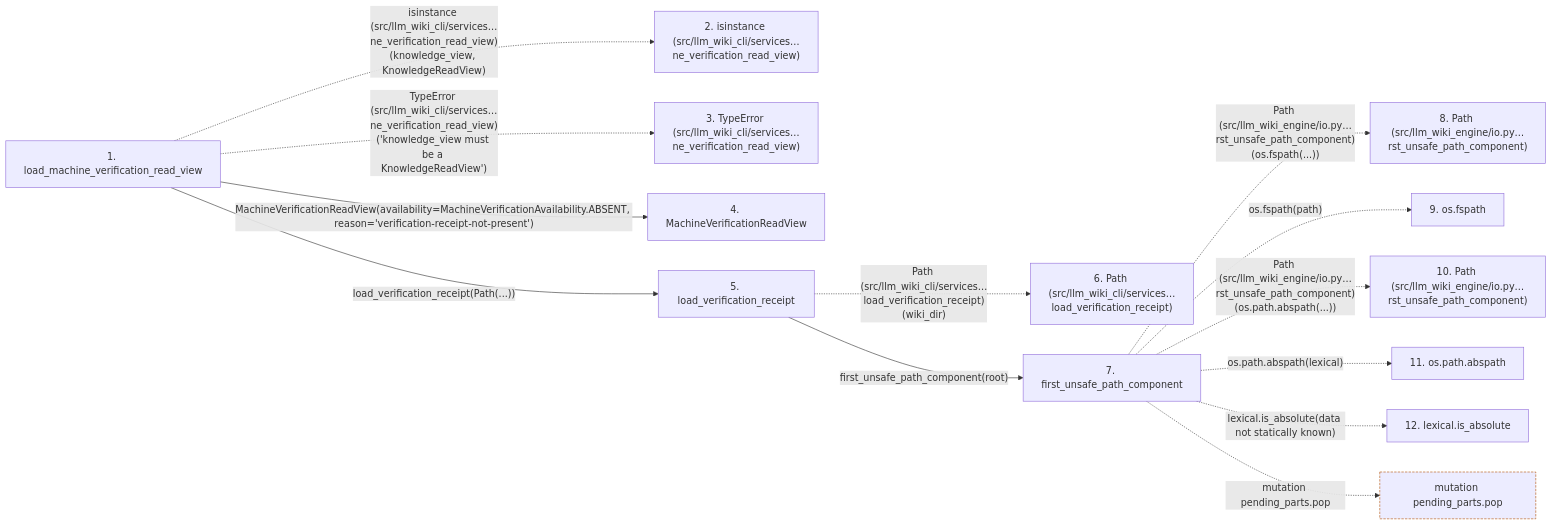
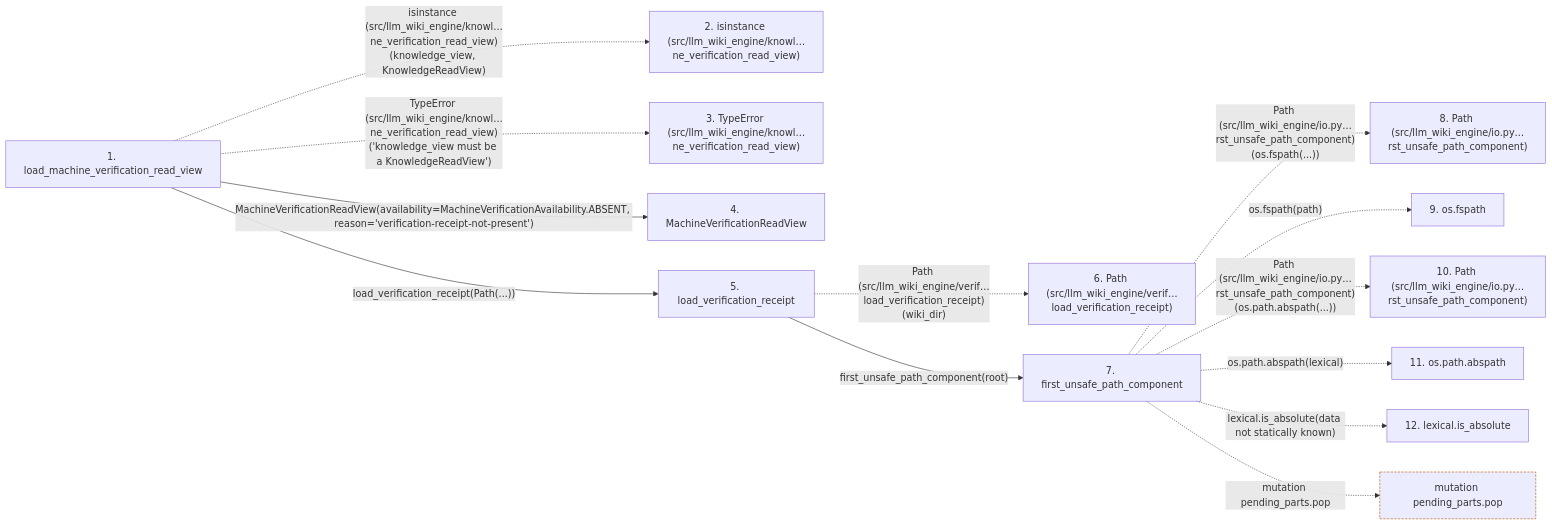
The second of 2 diagrams in docs/llm_wiki/flows/api-load_machine_verification_read_view.md (Denissvgn/python-wiki-llm), drawn with Mermaid before and after one commit. The commit also changed other lines of this file and 1058 other files, not shown here.

First line of the commit message:
docs: refresh the wiki for the knowledge store move

````diff
--- a/docs/llm_wiki/flows/api-load_machine_verification_read_view.md
+++ b/docs/llm_wiki/flows/api-load_machine_verification_read_view.md
@@ -141,34 +141,34 @@
 ```mermaid
 flowchart LR
     s1["1. load_machine_verification_read_view"]
-    s2["2. isinstance (src/llm_wiki_cli/services…ne_verification_read_view)"]
-    s3["3. TypeError (src/llm_wiki_cli/services…ne_verification_read_view)"]
+    s2["2. isinstance (src/llm_wiki_engine/knowl…ne_verification_read_view)"]
+    s3["3. TypeError (src/llm_wiki_engine/knowl…ne_verification_read_view)"]
     s4["4. MachineVerificationReadView"]
     s5["5. load_verification_receipt"]
-    s6["6. Path (src/llm_wiki_cli/services…load_verification_receipt)"]
+    s6["6. Path (src/llm_wiki_engine/verif…load_verification_receipt)"]
     s7["7. first_unsafe_path_component"]
     s8["8. Path (src/llm_wiki_engine/io.py…rst_unsafe_path_component)"]
     s9["9. os.fspath"]
     s10["10. Path (src/llm_wiki_engine/io.py…rst_unsafe_path_component)"]
     s11["11. os.path.abspath"]
     s12["12. lexical.is_absolute"]
-    s1 -. "isinstance (src/llm_wiki_cli/services…ne_verification_read_view)(knowledge_view, KnowledgeReadView)" .-> s2
-    s1 -. "TypeError (src/llm_wiki_cli/services…ne_verification_read_view)('knowledge_view must be a KnowledgeReadView')" .-> s3
+    s1 -. "isinstance (src/llm_wiki_engine/knowl…ne_verification_read_view)(knowledge_view, KnowledgeReadView)" .-> s2
+    s1 -. "TypeError (src/llm_wiki_engine/knowl…ne_verification_read_view)('knowledge_view must be a KnowledgeReadView')" .-> s3
     s1 -->|"MachineVerificationReadView(availability=MachineVerificationAvailability.ABSENT, reason='verification-receipt-not-present')"| s4
     s1 -->|"load_verification_receipt(Path(...))"| s5
-    s5 -. "Path (src/llm_wiki_cli/services…load_verification_receipt)(wiki_dir)" .-> s6
+    s5 -. "Path (src/llm_wiki_engine/verif…load_verification_receipt)(wiki_dir)" .-> s6
     s5 -->|"first_unsafe_path_component(root)"| s7
     s7 -. "Path (src/llm_wiki_engine/io.py…rst_unsafe_path_component)(os.fspath(...))" .-> s8
     s7 -. "os.fspath(path)" .-> s9
     s7 -. "Path (src/llm_wiki_engine/io.py…rst_unsafe_path_component)(os.path.abspath(...))" .-> s10
     s7 -. "os.path.abspath(lexical)" .-> s11
     s7 -. "lexical.is_absolute(data not statically known)" .-> s12
     b0["mutation pending_parts.pop"]
     s7 -. "mutation pending_parts.pop" .-> b0
     click s1 "../modules/knowledge_verification.md"
     click s4 "../modules/knowledge_consumption.md"
     click s5 "../modules/verification_contracts.md"
     click s7 "../modules/io.md"
     classDef boundary stroke:#b45309,stroke-dasharray: 4 2
     class b0 boundary
 ```
````
